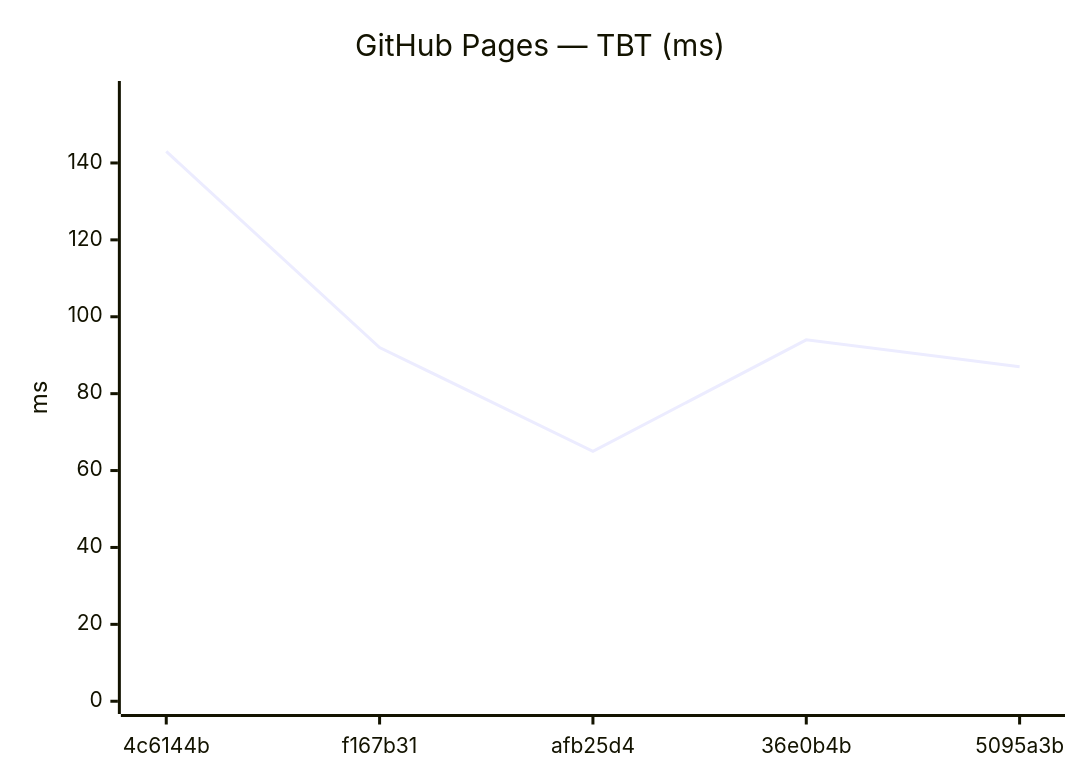
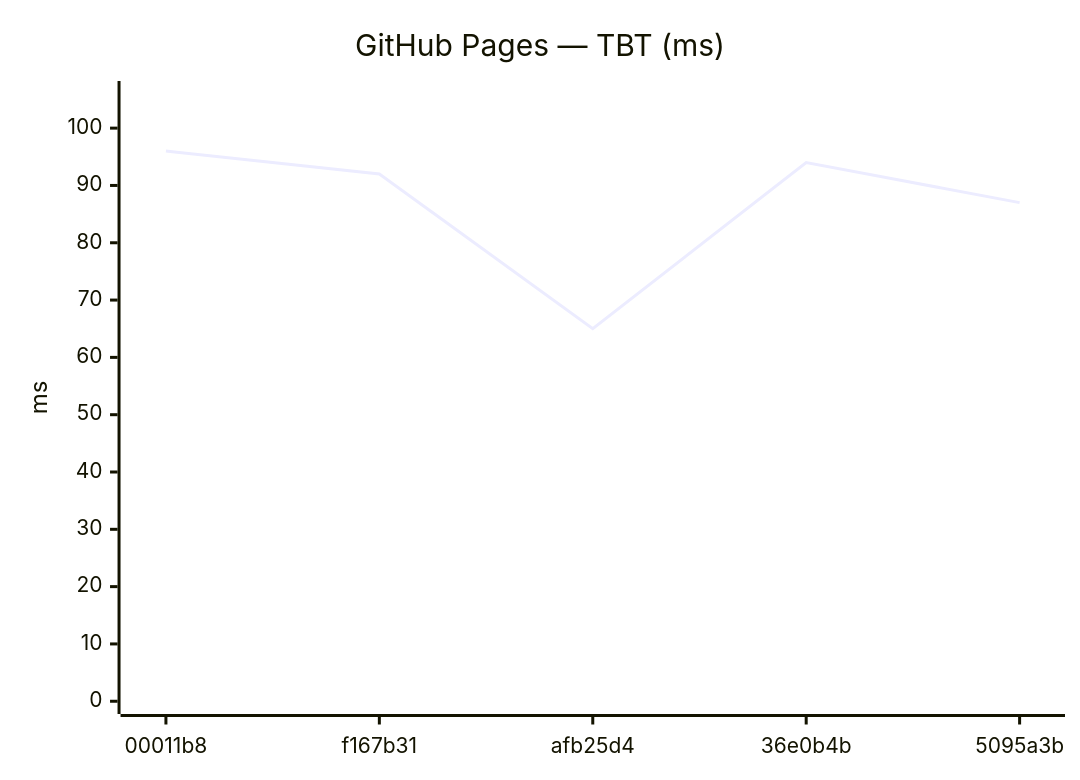
Before and after one commit to Metaheurist/Rianell: the tenth of 18 diagrams in benchmarks/compare.md, drawn with Mermaid. The commit also changed other lines of this file and 11 other files, not shown here.

````diff
--- a/benchmarks/compare.md
+++ b/benchmarks/compare.md
@@ -149,7 +149,7 @@
 ```mermaid
 xychart-beta
     title "GitHub Pages — TBT (ms)"
-    x-axis ["4c6144b", "f167b31", "afb25d4", "36e0b4b", "5095a3b"]
-    y-axis "ms" 0 --> 158
-    line [143, 92, 65, 94, 87]
+    x-axis ["00011b8", "f167b31", "afb25d4", "36e0b4b", "5095a3b"]
+    y-axis "ms" 0 --> 106
+    line [96, 92, 65, 94, 87]
 ```
````
